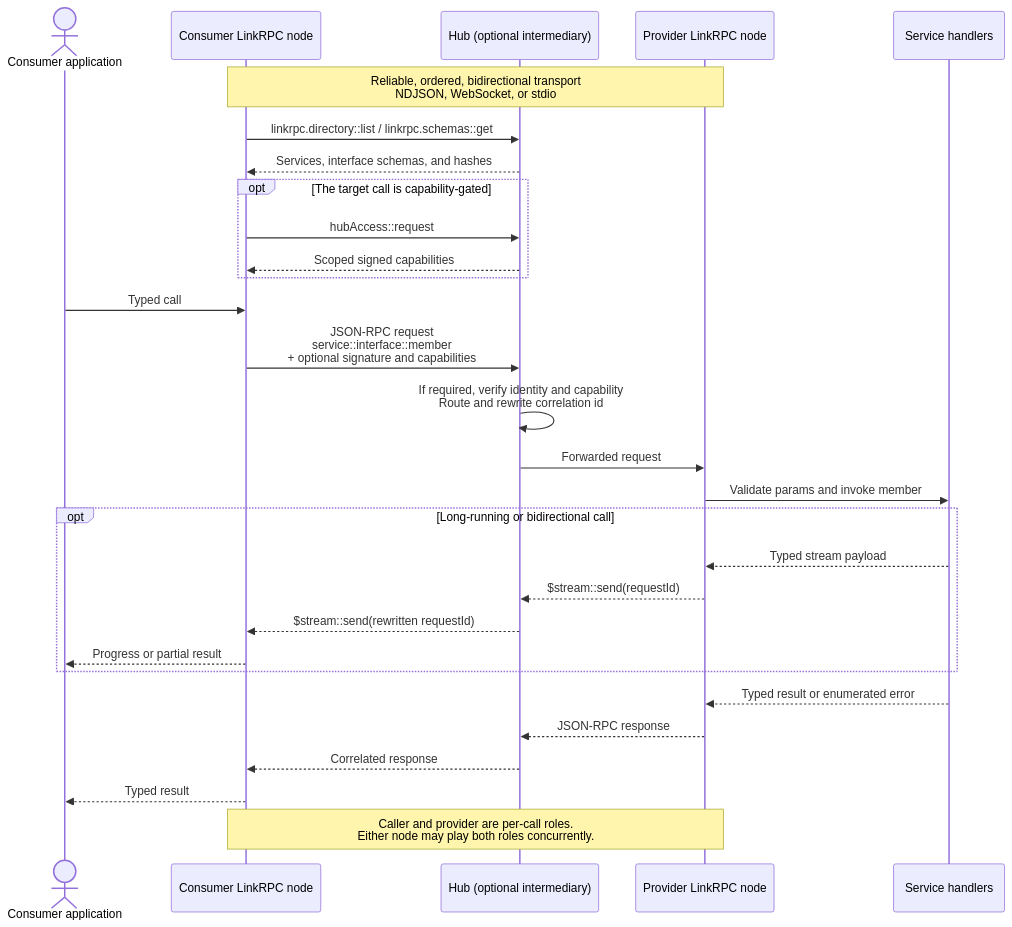
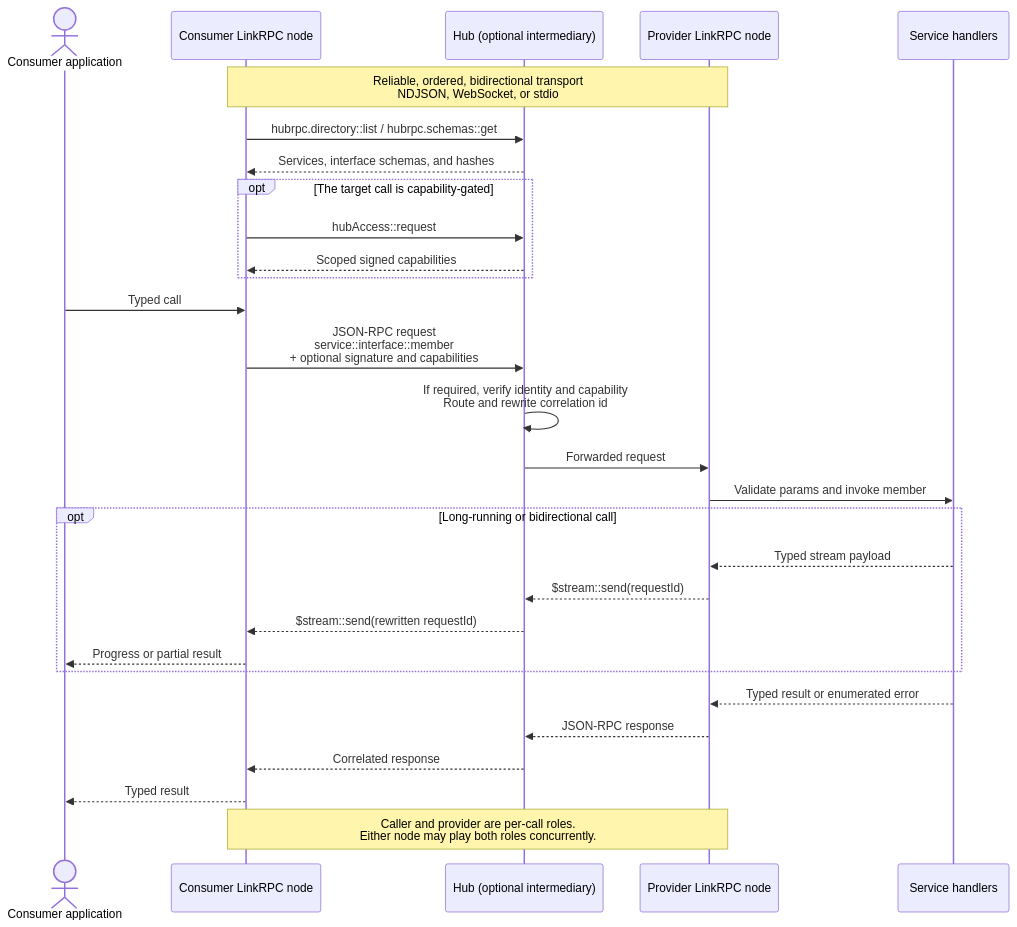
The diagram in typescript/packages/linkrpc/README.md (hediet/linkrpc), drawn with Mermaid before and after one commit. The commit also changed other lines of this file and 149 other files, not shown here.

````diff
--- a/typescript/packages/linkrpc/README.md
+++ b/typescript/packages/linkrpc/README.md
@@ -12,37 +12,37 @@
 ```mermaid
 sequenceDiagram
     actor App as Consumer application
     participant Caller as Consumer LinkRPC node
     participant Hub as Hub (optional intermediary)
     participant Provider as Provider LinkRPC node
     participant Service as Service handlers
 
     Note over Caller,Provider: Reliable, ordered, bidirectional transport<br/>NDJSON, WebSocket, or stdio
-    Caller->>Hub: linkrpc.directory::list / linkrpc.schemas::get
+    Caller->>Hub: hubrpc.directory::list / hubrpc.schemas::get
     Hub-->>Caller: Services, interface schemas, and hashes
 
     opt The target call is capability-gated
         Caller->>Hub: hubAccess::request
         Hub-->>Caller: Scoped signed capabilities
     end
 
     App->>Caller: Typed call
     Caller->>Hub: JSON-RPC request<br/>service::interface::member<br/>+ optional signature and capabilities
     Hub->>Hub: If required, verify identity and capability<br/>Route and rewrite correlation id
     Hub->>Provider: Forwarded request
     Provider->>Service: Validate params and invoke member
 
     opt Long-running or bidirectional call
         Service-->>Provider: Typed stream payload
         Provider-->>Hub: $stream::send(requestId)
         Hub-->>Caller: $stream::send(rewritten requestId)
         Caller-->>App: Progress or partial result
     end
 
     Service-->>Provider: Typed result or enumerated error
     Provider-->>Hub: JSON-RPC response
     Hub-->>Caller: Correlated response
     Caller-->>App: Typed result
 
     Note over Caller,Provider: Caller and provider are per-call roles.<br/>Either node may play both roles concurrently.
 ```
````
